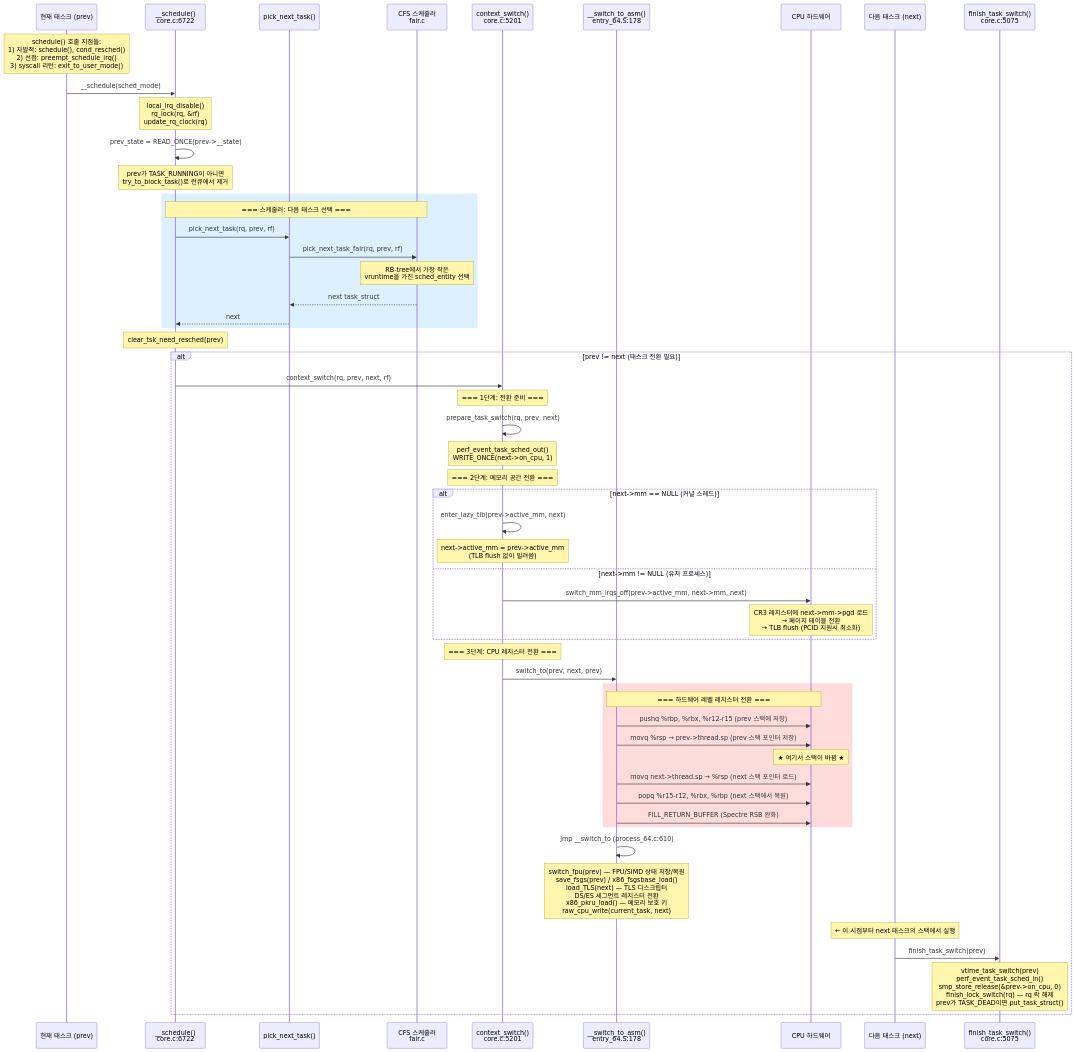
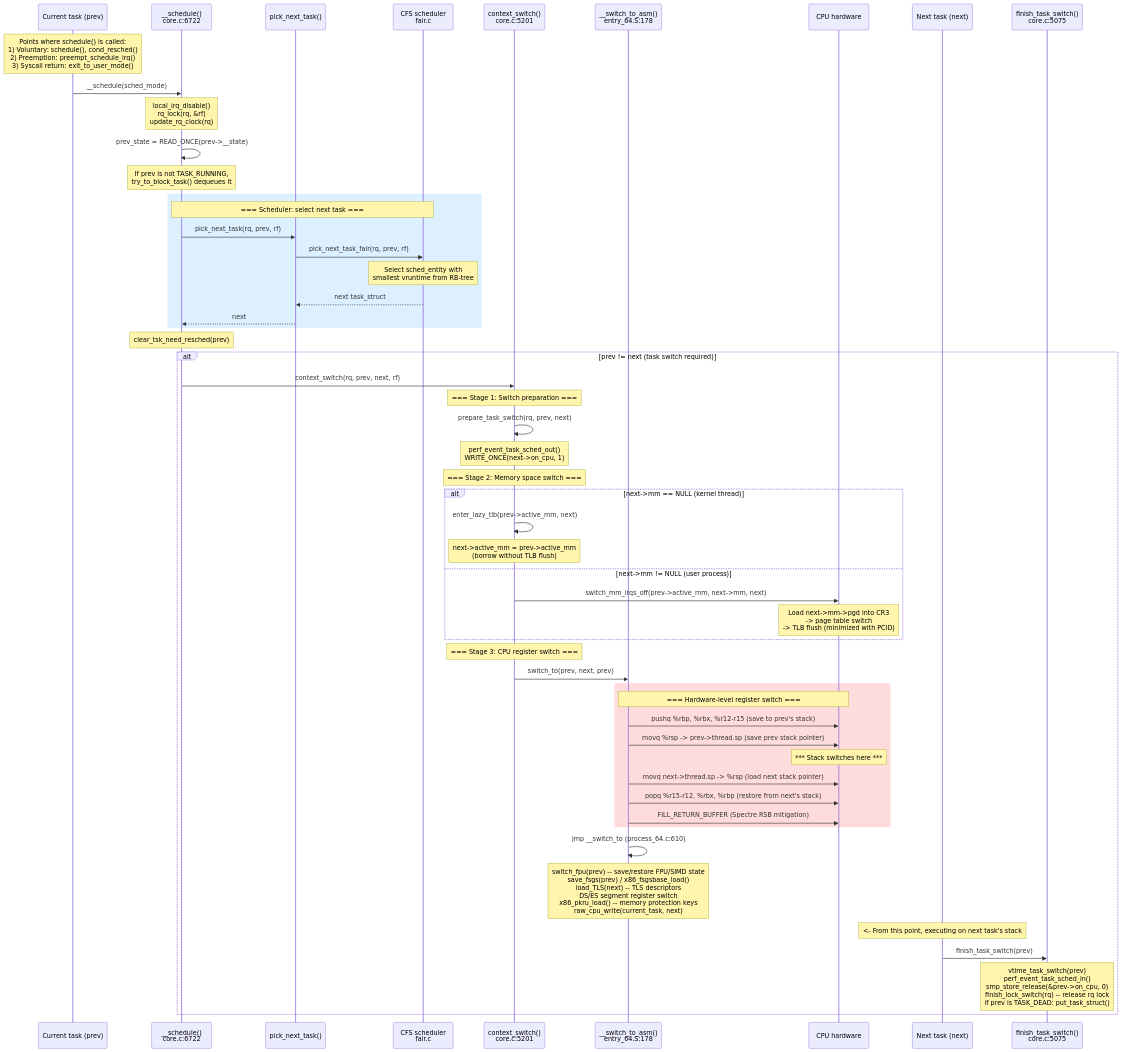
One commit to inineapa/KernelDoc changed the sixth of 11 diagrams in process.md. Above: the diagram before and after it, drawn with Mermaid. The commit also changed other lines of this file, not shown here.

First line of the commit message:
Rewrite process.md: translate to English and expand termination coverage

````diff
--- a/process.md
+++ b/process.md
@@ -254,69 +327,69 @@
 ```mermaid
 sequenceDiagram
-    participant PREV as 현재 태스크 (prev)
+    participant PREV as Current task (prev)
     participant SCHED as __schedule()<br/>core.c:6722
     participant PICK as pick_next_task()
-    participant CFS as CFS 스케줄러<br/>fair.c
+    participant CFS as CFS scheduler<br/>fair.c
     participant CTX as context_switch()<br/>core.c:5201
     participant ASM as __switch_to_asm()<br/>entry_64.S:178
-    participant HW as CPU 하드웨어
-    participant NEXT as 다음 태스크 (next)
+    participant HW as CPU hardware
+    participant NEXT as Next task (next)
     participant FIN as finish_task_switch()<br/>core.c:5075
 
-    Note over PREV: schedule() 호출 지점들:<br/>1) 자발적: schedule(), cond_resched()<br/>2) 선점: preempt_schedule_irq()<br/>3) syscall 리턴: exit_to_user_mode()
+    Note over PREV: Points where schedule() is called:<br/>1) Voluntary: schedule(), cond_resched()<br/>2) Preemption: preempt_schedule_irq()<br/>3) Syscall return: exit_to_user_mode()
 
     PREV->>SCHED: __schedule(sched_mode)
     Note over SCHED: local_irq_disable()<br/>rq_lock(rq, &rf)<br/>update_rq_clock(rq)
 
     SCHED->>SCHED: prev_state = READ_ONCE(prev->__state)
-    Note over SCHED: prev가 TASK_RUNNING이 아니면<br/>try_to_block_task()로 런큐에서 제거
+    Note over SCHED: If prev is not TASK_RUNNING,<br/>try_to_block_task() dequeues it
 
     rect rgb(220, 240, 255)
-        Note over SCHED,CFS: === 스케줄러: 다음 태스크 선택 ===
+        Note over SCHED,CFS: === Scheduler: select next task ===
         SCHED->>PICK: pick_next_task(rq, prev, rf)
         PICK->>CFS: pick_next_task_fair(rq, prev, rf)
-        Note over CFS: RB-tree에서 가장 작은<br/>vruntime을 가진 sched_entity 선택
+        Note over CFS: Select sched_entity with<br/>smallest vruntime from RB-tree
         CFS-->>PICK: next task_struct
         PICK-->>SCHED: next
     end
 
     Note over SCHED: clear_tsk_need_resched(prev)
 
-    alt prev != next (태스크 전환 필요)
+    alt prev != next (task switch required)
         SCHED->>CTX: context_switch(rq, prev, next, rf)
 
-        Note over CTX: === 1단계: 전환 준비 ===
+        Note over CTX: === Stage 1: Switch preparation ===
         CTX->>CTX: prepare_task_switch(rq, prev, next)
         Note over CTX: perf_event_task_sched_out()<br/>WRITE_ONCE(next->on_cpu, 1)
 
-        Note over CTX: === 2단계: 메모리 공간 전환 ===
-        alt next->mm == NULL (커널 스레드)
+        Note over CTX: === Stage 2: Memory space switch ===
+        alt next->mm == NULL (kernel thread)
             CTX->>CTX: enter_lazy_tlb(prev->active_mm, next)
-            Note over CTX: next->active_mm = prev->active_mm<br/>(TLB flush 없이 빌려씀)
-        else next->mm != NULL (유저 프로세스)
+            Note over CTX: next->active_mm = prev->active_mm<br/>(borrow without TLB flush)
+        else next->mm != NULL (user process)
             CTX->>HW: switch_mm_irqs_off(prev->active_mm, next->mm, next)
-            Note over HW: CR3 레지스터에 next->mm->pgd 로드<br/>→ 페이지 테이블 전환<br/>→ TLB flush (PCID 지원시 최소화)
+            Note over HW: Load next->mm->pgd into CR3<br/>-> page table switch<br/>-> TLB flush (minimized with PCID)
         end
 
-        Note over CTX: === 3단계: CPU 레지스터 전환 ===
+        Note over CTX: === Stage 3: CPU register switch ===
         CTX->>ASM: switch_to(prev, next, prev)
 
         rect rgb(255, 220, 220)
-            Note over ASM,HW: === 하드웨어 레벨 레지스터 전환 ===
-            ASM->>HW: pushq %rbp, %rbx, %r12-r15 (prev 스택에 저장)
-            ASM->>HW: movq %rsp → prev->thread.sp (prev 스택 포인터 저장)
-            Note over HW: ★ 여기서 스택이 바뀜 ★
-            ASM->>HW: movq next->thread.sp → %rsp (next 스택 포인터 로드)
-            ASM->>HW: popq %r15-r12, %rbx, %rbp (next 스택에서 복원)
-            ASM->>HW: FILL_RETURN_BUFFER (Spectre RSB 완화)
+            Note over ASM,HW: === Hardware-level register switch ===
+            ASM->>HW: pushq %rbp, %rbx, %r12-r15 (save to prev's stack)
+            ASM->>HW: movq %rsp -> prev->thread.sp (save prev stack pointer)
+            Note over HW: *** Stack switches here ***
+            ASM->>HW: movq next->thread.sp -> %rsp (load next stack pointer)
+            ASM->>HW: popq %r15-r12, %rbx, %rbp (restore from next's stack)
+            ASM->>HW: FILL_RETURN_BUFFER (Spectre RSB mitigation)
         end
 
         ASM->>ASM: jmp __switch_to (process_64.c:610)
-        Note over ASM: switch_fpu(prev) — FPU/SIMD 상태 저장/복원<br/>save_fsgs(prev) / x86_fsgsbase_load()<br/>load_TLS(next) — TLS 디스크립터<br/>DS/ES 세그먼트 레지스터 전환<br/>x86_pkru_load() — 메모리 보호 키<br/>raw_cpu_write(current_task, next)
+        Note over ASM: switch_fpu(prev) -- save/restore FPU/SIMD state<br/>save_fsgs(prev) / x86_fsgsbase_load()<br/>load_TLS(next) -- TLS descriptors<br/>DS/ES segment register switch<br/>x86_pkru_load() -- memory protection keys<br/>raw_cpu_write(current_task, next)
 
-        Note over NEXT: ← 이 시점부터 next 태스크의 스택에서 실행
+        Note over NEXT: <- From this point, executing on next task's stack
 
         NEXT->>FIN: finish_task_switch(prev)
-        Note over FIN: vtime_task_switch(prev)<br/>perf_event_task_sched_in()<br/>smp_store_release(&prev->on_cpu, 0)<br/>finish_lock_switch(rq) — rq 락 해제<br/>prev가 TASK_DEAD이면 put_task_struct()
+        Note over FIN: vtime_task_switch(prev)<br/>perf_event_task_sched_in()<br/>smp_store_release(&prev->on_cpu, 0)<br/>finish_lock_switch(rq) -- release rq lock<br/>if prev is TASK_DEAD: put_task_struct()
     end
 ```
````
